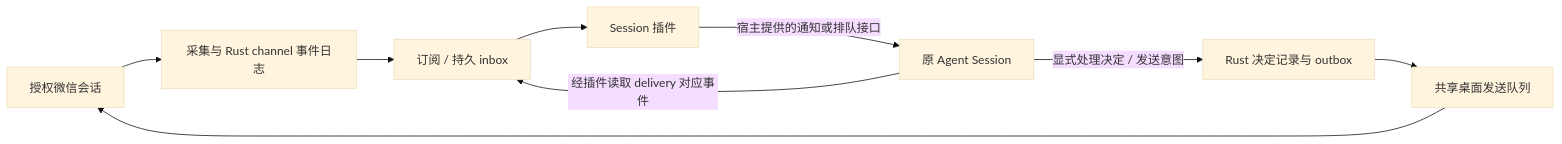
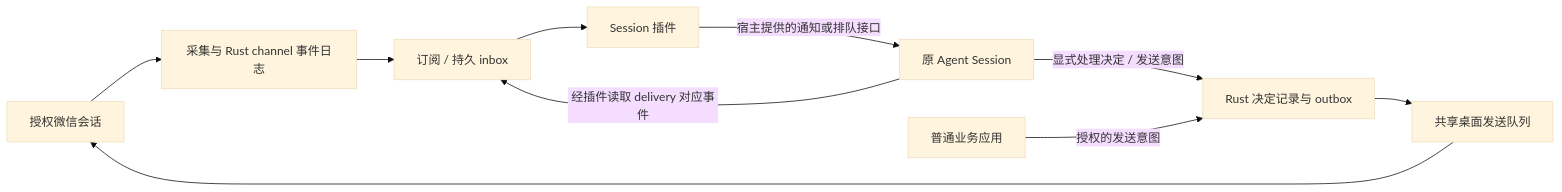
The diagram in docs/CHANNEL_SUBSCRIPTIONS.md (cyl19970726/wx-cli), drawn with Mermaid (base theme) before and after one commit. The commit also changed other lines of this file and 4 other files, not shown here.

````diff
--- a/docs/CHANNEL_SUBSCRIPTIONS.md
+++ b/docs/CHANNEL_SUBSCRIPTIONS.md
@@ -9,11 +9,12 @@
 ```mermaid
 flowchart LR
     WX[授权微信会话] --> C[采集与 Rust channel 事件日志]
     C --> S[订阅 / 持久 inbox]
     S --> P[Session 插件]
     P -->|宿主提供的通知或排队接口| A[原 Agent Session]
     A -->|经插件读取 delivery 对应事件| S
     A -->|显式处理决定 / 发送意图| Q[Rust 决定记录与 outbox]
+    B[普通业务应用] -->|授权的发送意图| Q
     Q --> D[共享桌面发送队列]
     D --> WX
 ```
````
